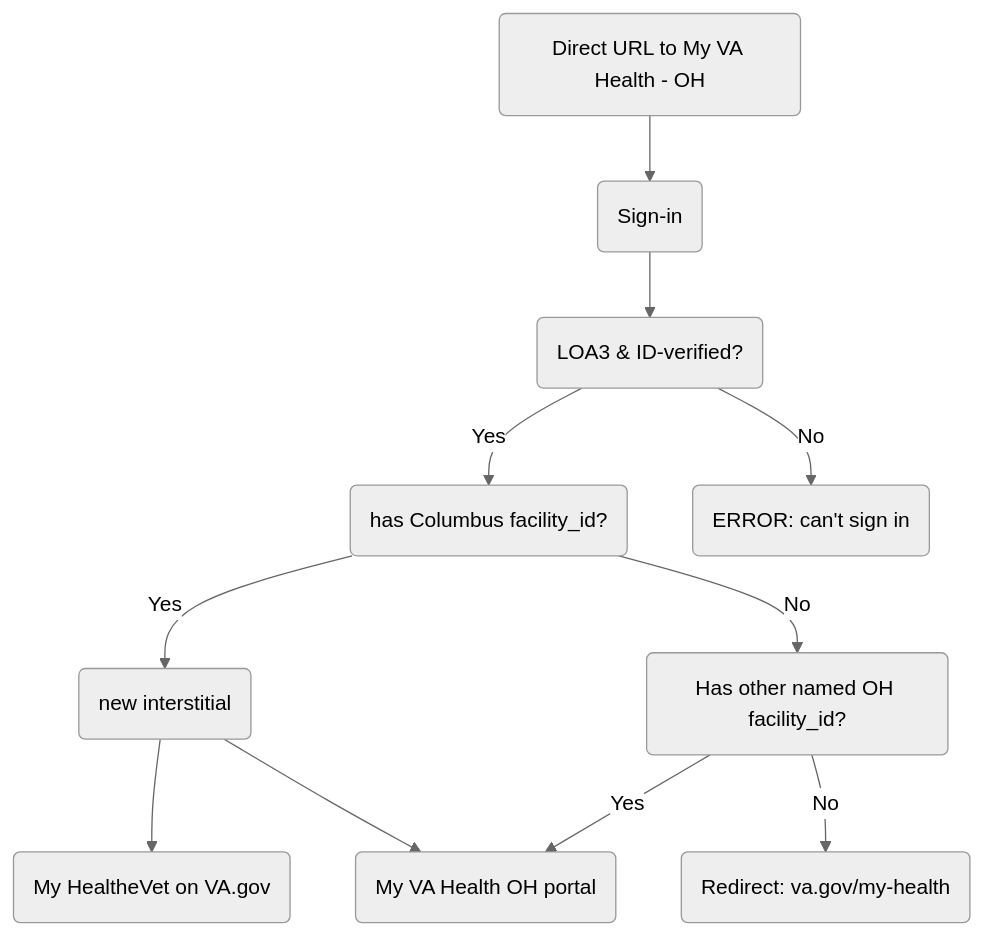
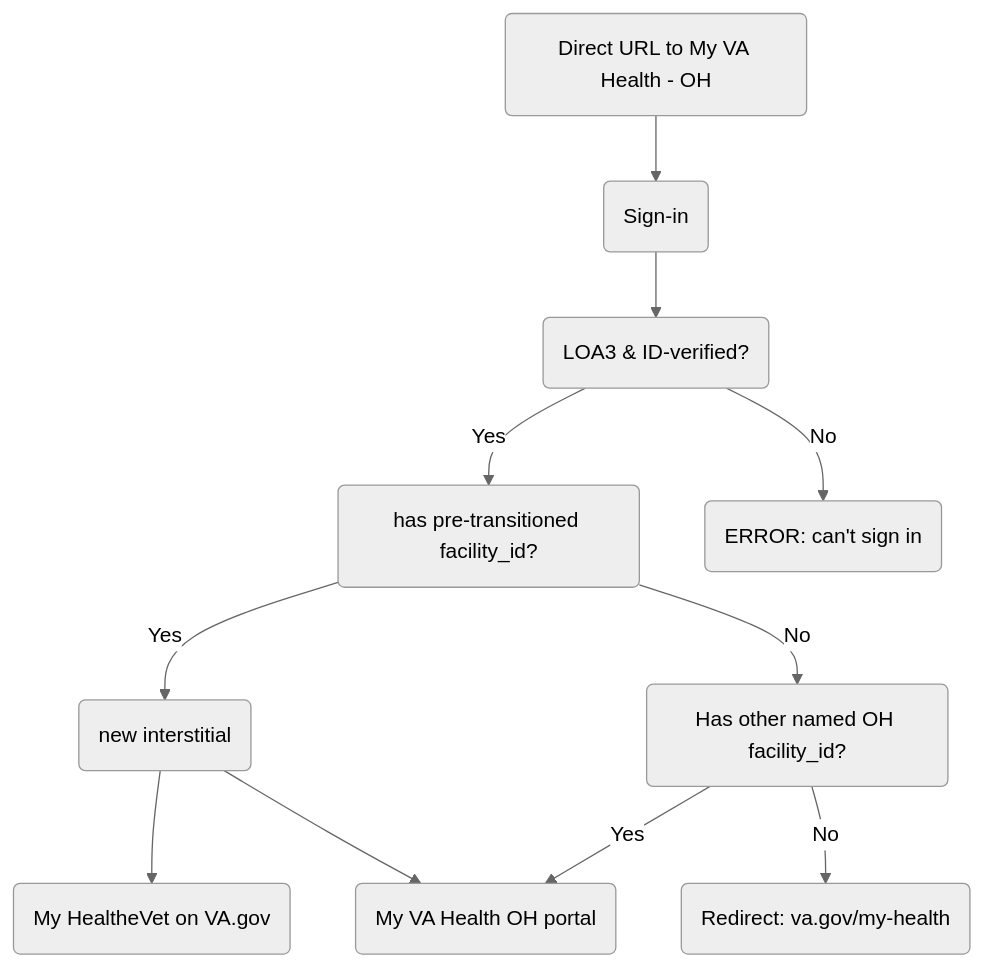
Before and after one commit to Ninjaneer321/va.gov-team: the diagram in products/identity/login/unified-sign-in-pages/mhv_portal_notice_interstitial_feature_brief.md, drawn with Mermaid (neutral theme).

Commit message:
Update flowchart logic for sign-in process

````diff
--- a/products/identity/login/unified-sign-in-pages/mhv_portal_notice_interstitial_feature_brief.md
+++ b/products/identity/login/unified-sign-in-pages/mhv_portal_notice_interstitial_feature_brief.md
@@ -143,13 +143,13 @@
 ```mermaid
 flowchart TD
     A(Direct URL to My VA Health - OH) --> B(Sign-in)
     B --> C(LOA3 & ID-verified?)
-    C --> |Yes| D(has Columbus facility_id?)
+    C --> |Yes| D(has pre-transitioned facility_id?)
     C --> |No| E(ERROR: can't sign in)
     D --> |Yes| F(new interstitial)
     D --> |No| G(Has other named OH facility_id?)
     G --> |Yes| H(My VA Health OH portal)
     G --> |No| J(Redirect: va.gov/my-health)
     F --> I(My HealtheVet on VA.gov)
     F --> H
 ```
````
